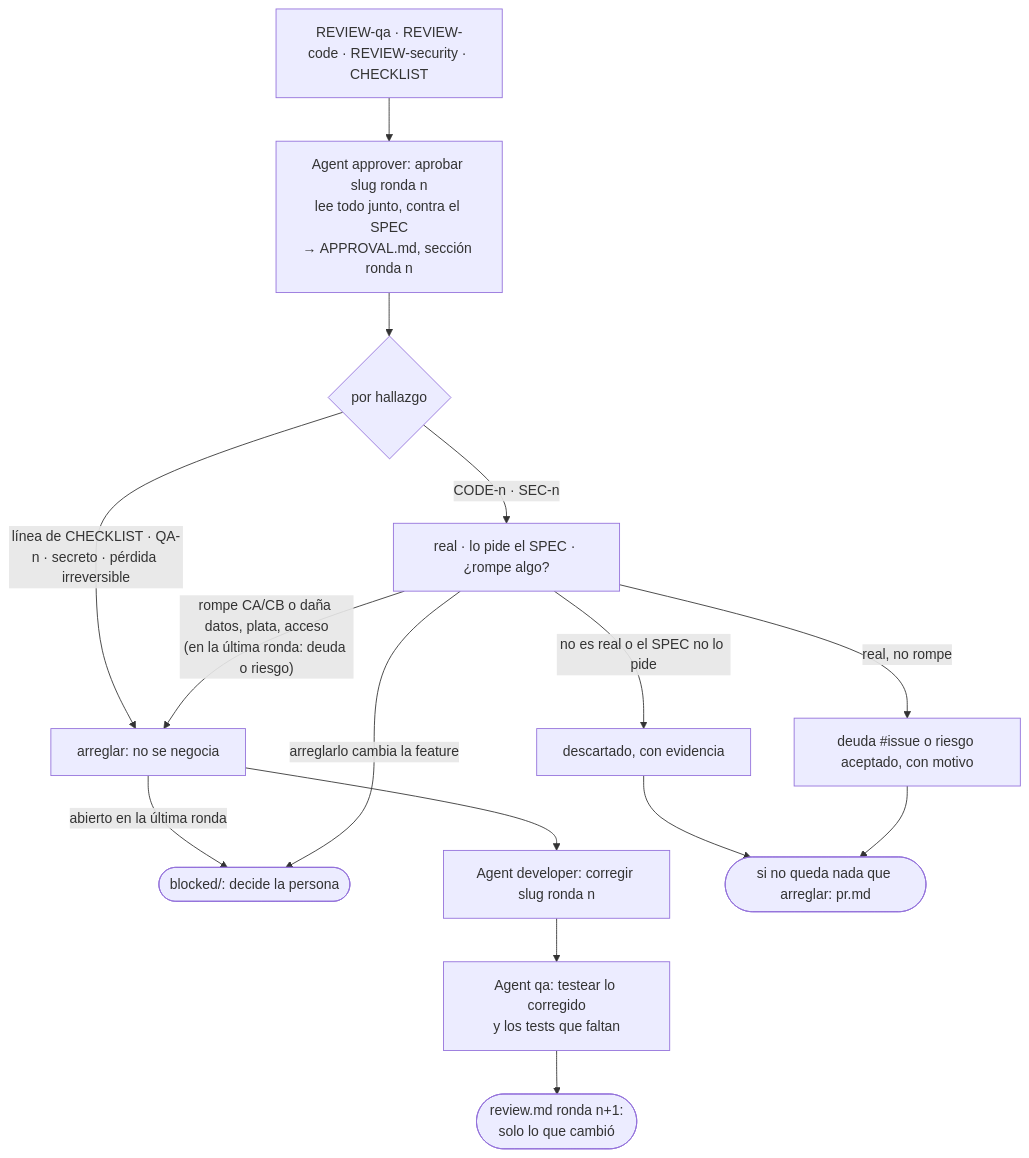
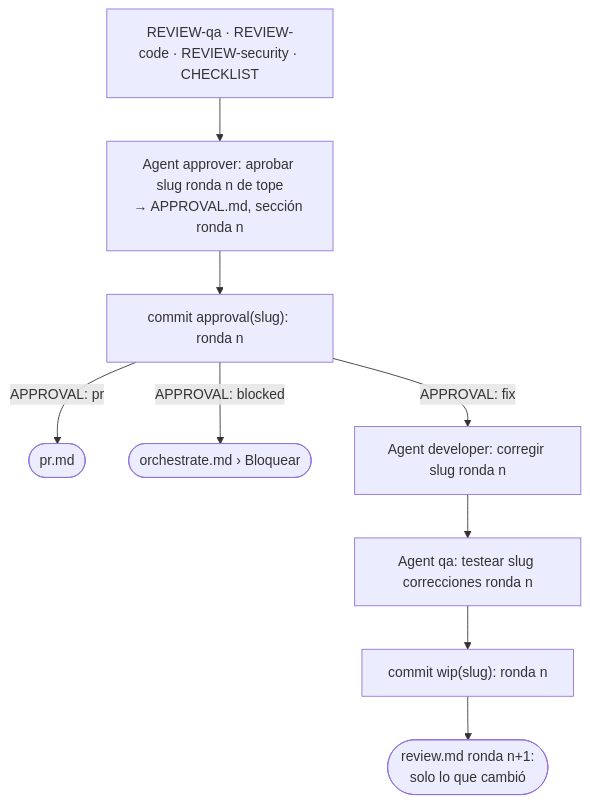
The diagram in skills/workflow/references/fix.md (octavio-parozlabs/mindstack), drawn with Mermaid before and after one commit. The commit also changed other lines of this file and 63 other files, not shown here.

````diff
--- a/skills/workflow/references/fix.md
+++ b/skills/workflow/references/fix.md
@@ -5,14 +5,8 @@
 ```mermaid
 flowchart TD
-    H["REVIEW-qa · REVIEW-code · REVIEW-security · CHECKLIST"] --> A["Agent approver: aprobar slug ronda n<br/>lee todo junto, contra el SPEC<br/>→ APPROVAL.md, sección ronda n"]
-    A --> D{"por hallazgo"}
-    D -- "línea de CHECKLIST · QA-n · secreto · pérdida irreversible" --> FX[arreglar: no se negocia]
-    FX -- "abierto en la última ronda" --> BL
-    D -- "CODE-n · SEC-n" --> J["real · lo pide el SPEC · ¿rompe algo?"]
-    J -- "rompe CA/CB o daña datos, plata, acceso<br/>(en la última ronda: deuda o riesgo)" --> FX
-    J -- "no es real o el SPEC no lo pide" --> DS[descartado, con evidencia]
-    J -- "real, no rompe" --> DR["deuda #issue o riesgo aceptado, con motivo"]
-    J -- "arreglarlo cambia la feature" --> BL([blocked/: decide la persona])
-    FX --> DEV["Agent developer: corregir slug ronda n"] --> Q["Agent qa: testear lo corregido<br/>y los tests que faltan"] --> R(["review.md ronda n+1:<br/>solo lo que cambió"])
-    DS & DR --> PR([si no queda nada que arreglar: pr.md])
+    H["REVIEW-qa · REVIEW-code · REVIEW-security · CHECKLIST"] --> A["Agent approver: aprobar slug ronda n de tope<br/>→ APPROVAL.md, sección ronda n"]
+    A --> K["commit approval(slug): ronda n"]
+    K -- "APPROVAL: pr" --> PR([pr.md])
+    K -- "APPROVAL: blocked" --> BL([orchestrate.md › Bloquear])
+    K -- "APPROVAL: fix" --> DEV["Agent developer: corregir slug ronda n"] --> Q["Agent qa: testear slug correcciones ronda n"] --> W["commit wip(slug): ronda n"] --> R(["review.md ronda n+1:<br/>solo lo que cambió"])
 ```
````
